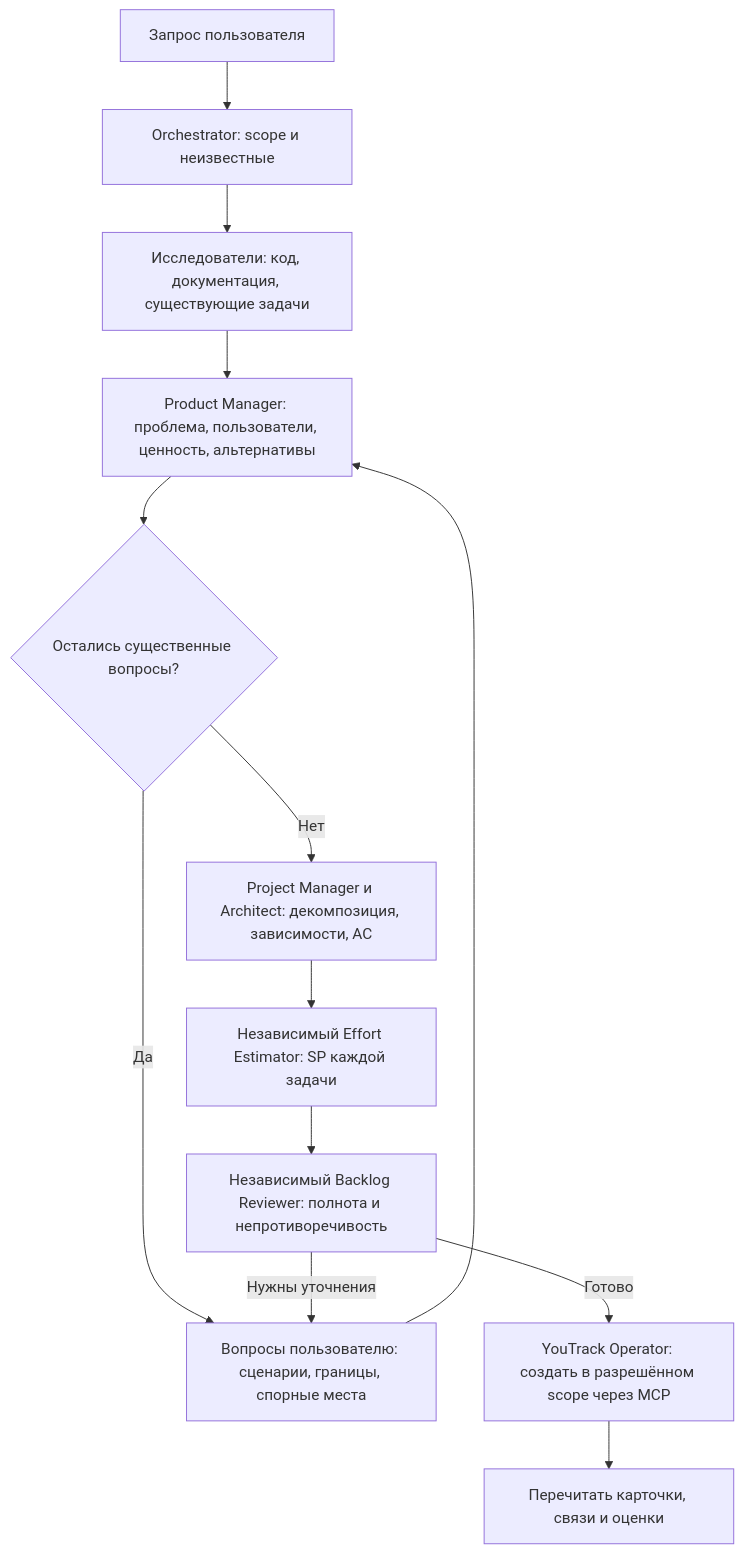
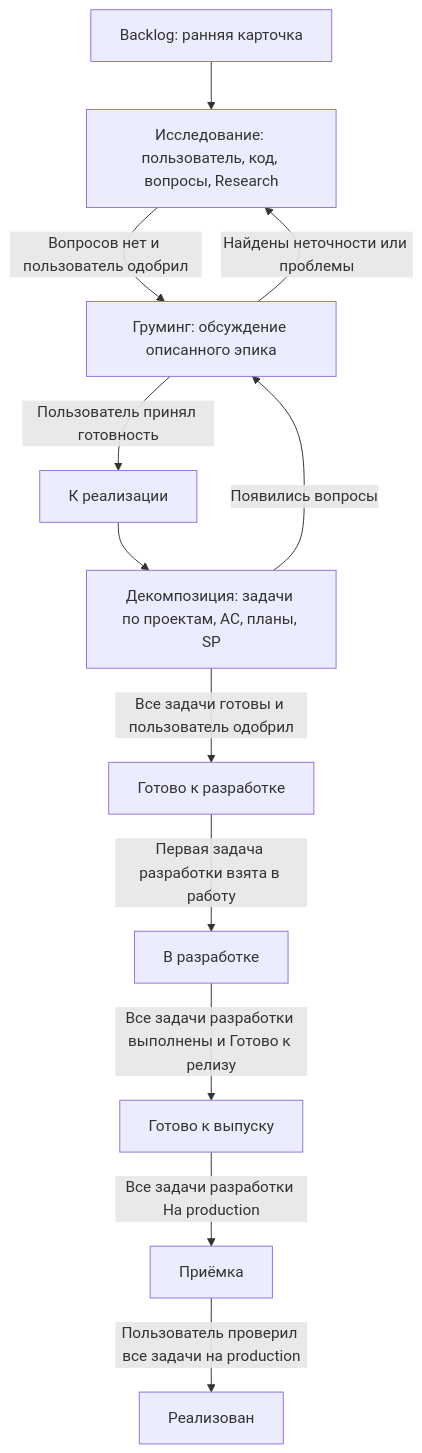
One commit to wget-cloud/codex-plugins changed the second of 4 diagrams in plugins/wget-cloud-implementation/YOUTRACK-WORKFLOW.md. Above: the diagram before and after it, drawn with Mermaid. The commit also changed other lines of this file and 62 other files, not shown here.

Commit message:
Release WGC 8.1.0: staged YouTrack epic lifecycle

````diff
--- a/plugins/wget-cloud-implementation/YOUTRACK-WORKFLOW.md
+++ b/plugins/wget-cloud-implementation/YOUTRACK-WORKFLOW.md
@@ -22,15 +22,14 @@
 ```mermaid
 flowchart TD
-    A[Запрос пользователя] --> O[Orchestrator: scope и неизвестные]
-    O --> R[Исследователи: код, документация, существующие задачи]
-    R --> P[Product Manager: проблема, пользователи, ценность, альтернативы]
-    P --> Q{Остались существенные вопросы?}
-    Q -->|Да| U[Вопросы пользователю: сценарии, границы, спорные места]
-    U --> P
-    Q -->|Нет| D[Project Manager и Architect: декомпозиция, зависимости, AC]
-    D --> E[Независимый Effort Estimator: SP каждой задачи]
-    E --> V[Независимый Backlog Reviewer: полнота и непротиворечивость]
-    V -->|Нужны уточнения| U
-    V -->|Готово| W[YouTrack Operator: создать в разрешённом scope через MCP]
-    W --> C[Перечитать карточки, связи и оценки]
+    B[Backlog: ранняя карточка] --> R[Исследование: пользователь, код, вопросы, Research]
+    R -->|Вопросов нет и пользователь одобрил| G[Груминг: обсуждение описанного эпика]
+    G -->|Найдены неточности или проблемы| R
+    G -->|Пользователь принял готовность| K[К реализации]
+    K --> D[Декомпозиция: задачи по проектам, AC, планы, SP]
+    D -->|Появились вопросы| G
+    D -->|Все задачи готовы и пользователь одобрил| Ready[Готово к разработке]
+    Ready -->|Первая задача разработки взята в работу| Work[В разработке]
+    Work -->|Все задачи разработки выполнены и Готово к релизу| Release[Готово к выпуску]
+    Release -->|Все задачи разработки На production| Accept[Приёмка]
+    Accept -->|Пользователь проверил все задачи на production| Done[Реализован]
 ```
````
